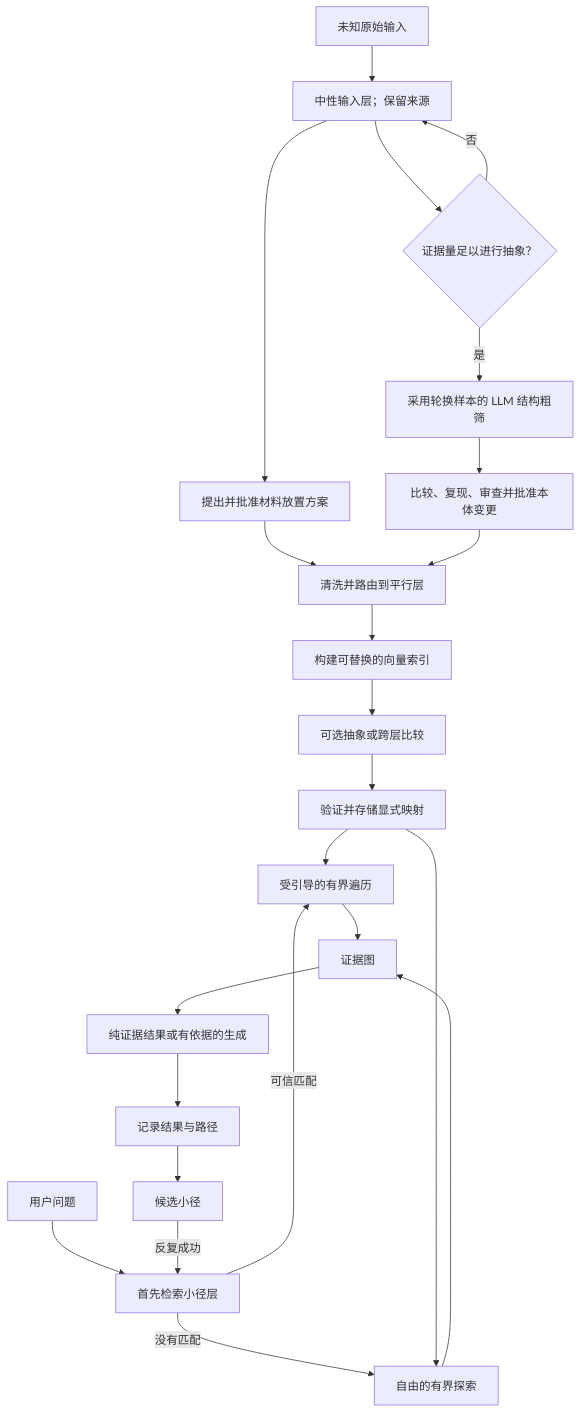
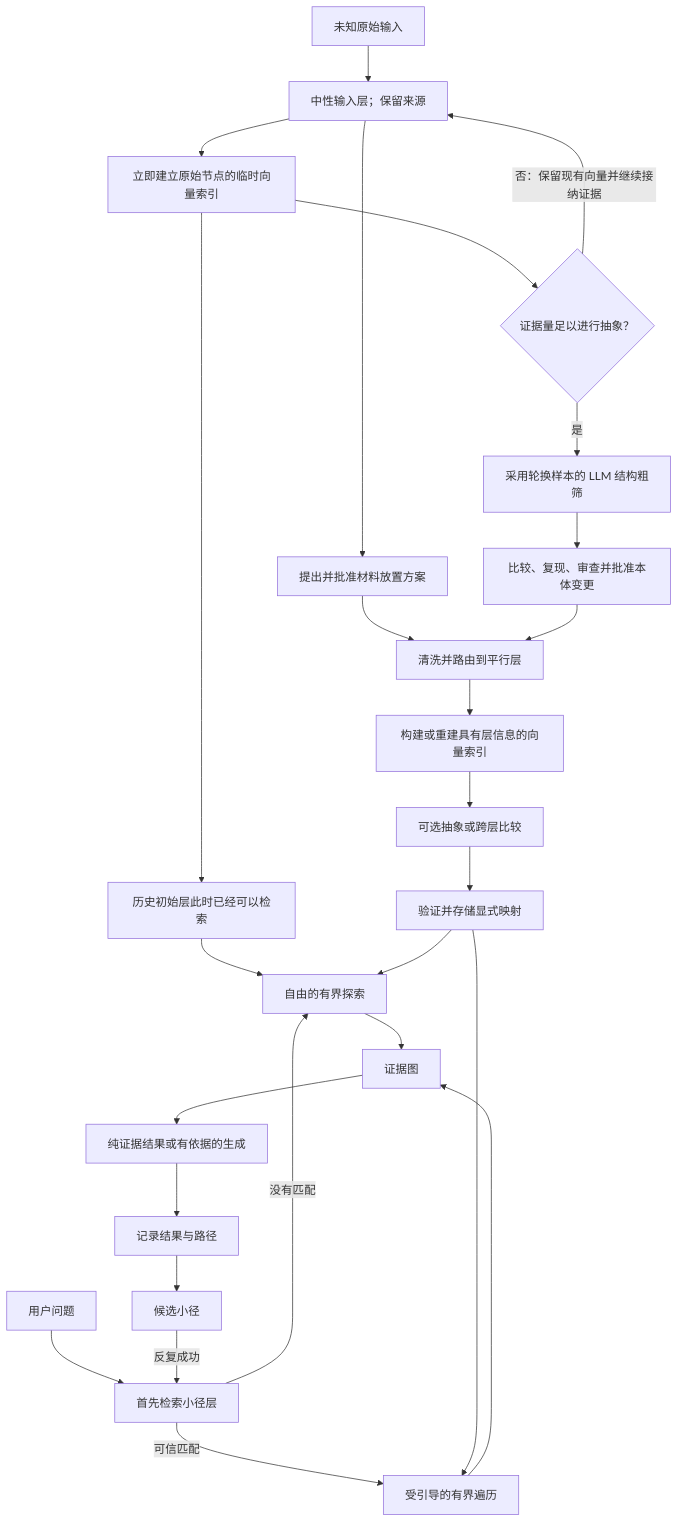
Before and after one commit to rsb0328/an-essay-concerning-llm-understanding: the third of 3 diagrams in README.zh-CN.md, drawn with Mermaid. The commit also changed other lines of this file and 3 other files, not shown here.

````diff
--- a/README.zh-CN.md
+++ b/README.zh-CN.md
@@ -232,25 +232,28 @@
 ```mermaid
 flowchart TD
     A["未知原始输入"] --> B["中性输入层；保留来源"]
-    B --> R{"证据量足以进行抽象？"}
-    R -->|"否"| B
+    B --> V0["立即建立原始节点的临时向量索引"]
+    V0 --> Q0["历史初始层此时已经可以检索"]
+    V0 --> R{"证据量足以进行抽象？"}
+    R -->|"否：保留现有向量并继续接纳证据"| B
     R -->|"是"| SD["采用轮换样本的 LLM 结构粗筛"]
     SD --> O["比较、复现、审查并批准本体变更"]
     B --> PP["提出并批准材料放置方案"]
     PP --> C
     O --> C["清洗并路由到平行层"]
-    C --> D["构建可替换的向量索引"]
+    C --> D["构建或重建具有层信息的向量索引"]
     D --> E["可选抽象或跨层比较"]
     E --> F["验证并存储显式映射"]
     Q["用户问题"] --> S["首先检索小径层"]
     S -->|"可信匹配"| G["受引导的有界遍历"]
     S -->|"没有匹配"| H["自由的有界探索"]
+    Q0 --> H
     F --> G
     F --> H
     G --> I["证据图"]
     H --> I
     I --> J["纯证据结果或有依据的生成"]
     J --> K["记录结果与路径"]
     K --> L["候选小径"]
     L -->|"反复成功"| S
 ```
````
